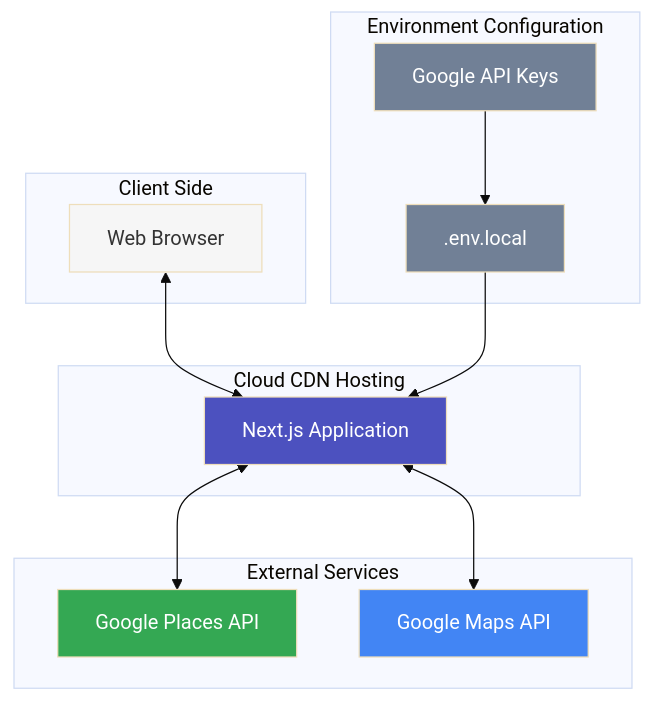
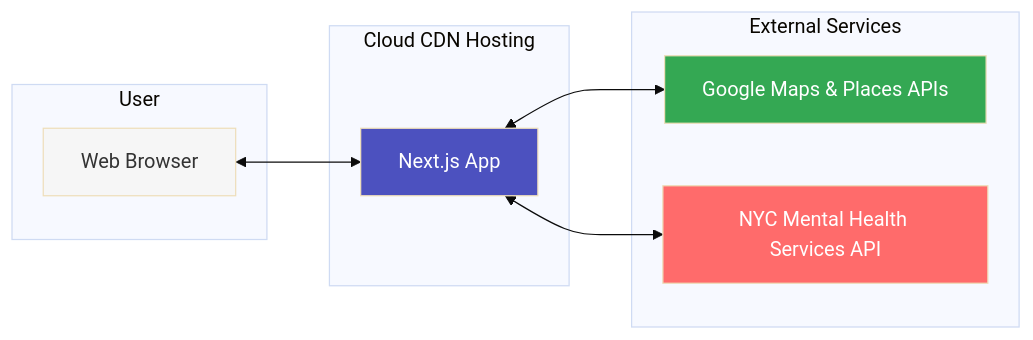
One commit to andrewwint/nextjs-google-maps changed the diagram in README.md. Above: the diagram before and after it, drawn with Mermaid (base theme).

Commit message:
docs: update README with revised cloud architecture diagram and service integrations

````diff
--- a/README.md
+++ b/README.md
@@ -50,33 +50,24 @@
 ```mermaid
-graph TB
-    subgraph "Client Side"
-        B[Web Browser]
+graph LR
+    subgraph "User"
+        Browser[Web Browser]
     end
 
     subgraph "Cloud CDN Hosting"
-        N[Next.js Application]
+        App[Next.js App]
     end
 
     subgraph "External Services"
-        G[Google Places API]
-        GM[Google Maps API]
+        Google[Google Maps & Places APIs]
+        NYC[NYC Mental Health Services API]
     end
 
-    subgraph "Environment Configuration"
-        E[.env.local]
-        API[Google API Keys]
-    end
+    Browser <--> App
+    App <--> Google
+    App <--> NYC
 
-    B <--> N
-    N <--> G
-    N <--> GM
-    E --> N
-    API --> E
-
-    style N fill:#4c51bf,color:#fff
-    style G fill:#34a853,color:#fff
-    style GM fill:#4285f4,color:#fff
-    style B fill:#f6f6f6
-    style E fill:#718096,color:#fff
-    style API fill:#718096,color:#fff
+    style Browser fill:#f6f6f6
+    style App fill:#4c51bf,color:#fff
+    style Google fill:#34a853,color:#fff
+    style NYC fill:#ff6b6b,color:#fff
 ```
````
